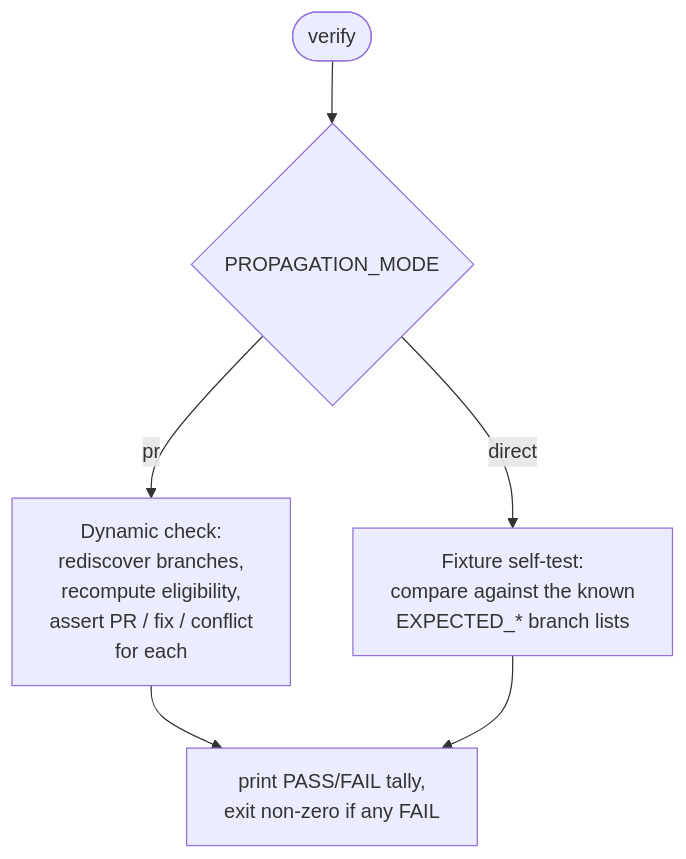
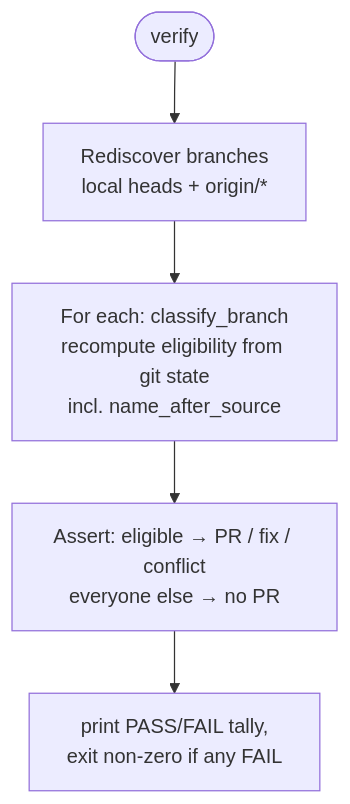
Before and after one commit to MajedSaade/kla-complex-test-repo: the fifth of 8 diagrams in ARCHITECTURE.md, drawn with Mermaid. The commit also changed other lines of this file and 4 other files, not shown here.

First line of the commit message:
Use lexicographic branch-name ordering for patch eligibility.

````diff
--- a/ARCHITECTURE.md
+++ b/ARCHITECTURE.md
@@ -322,8 +333,7 @@
 ```mermaid
 flowchart TD
-    START([verify]) --> M{PROPAGATION_MODE}
-    M -- pr --> PR[Dynamic check:<br/>rediscover branches,<br/>recompute eligibility,<br/>assert PR / fix / conflict<br/>for each]
-    M -- direct --> DIR[Fixture self-test:<br/>compare against the known<br/>EXPECTED_* branch lists]
-    PR --> R[print PASS/FAIL tally,<br/>exit non-zero if any FAIL]
-    DIR --> R
+    START([verify]) --> D[Rediscover branches<br/>local heads + origin/*]
+    D --> C[For each: classify_branch<br/>recompute eligibility from git state<br/>incl. name_after_source]
+    C --> A[Assert: eligible → PR / fix / conflict<br/>everyone else → no PR]
+    A --> R[print PASS/FAIL tally,<br/>exit non-zero if any FAIL]
 ```
````
